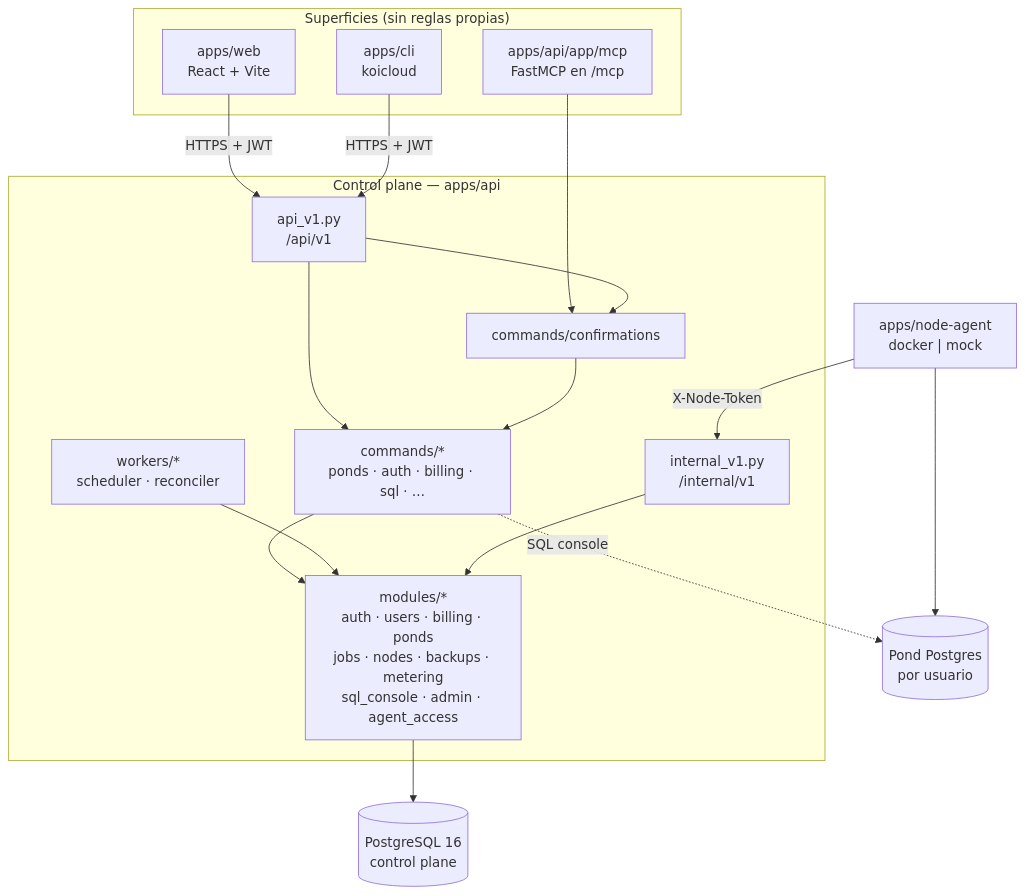
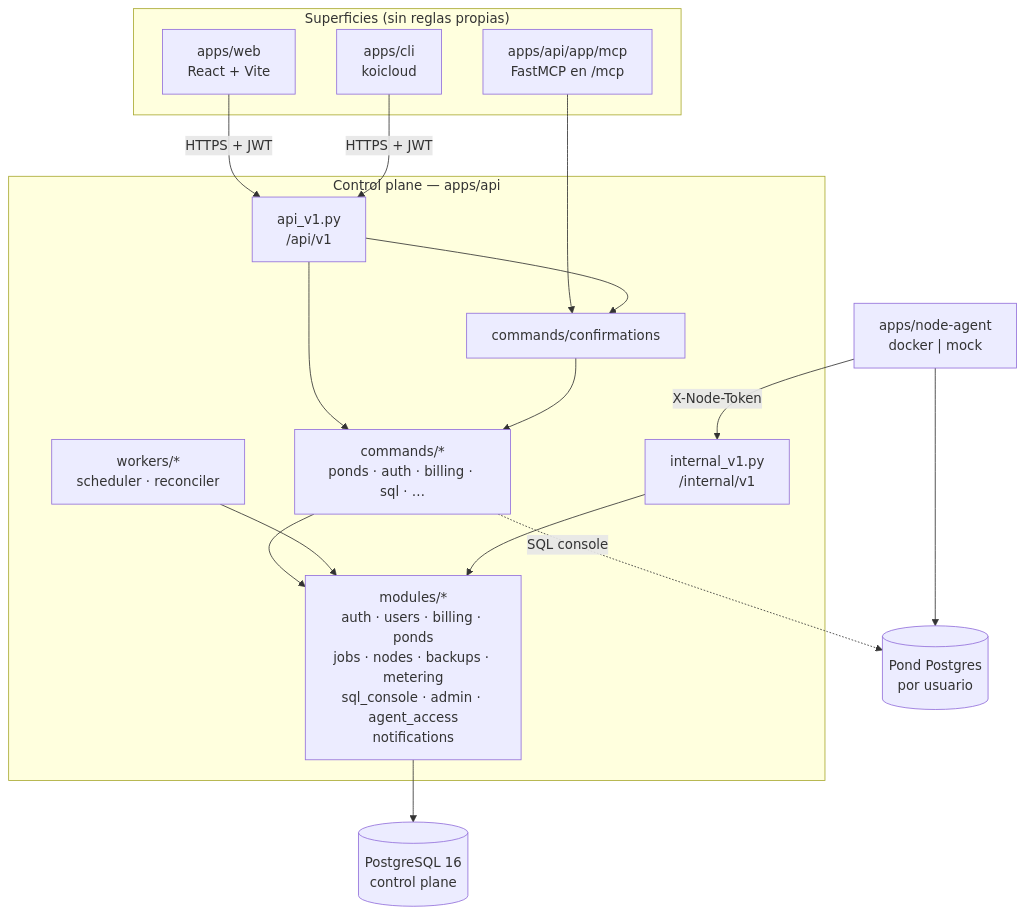
Before and after one commit to carloshugoeg/koicloud: the diagram in docs/ARCHITECTURE.md, drawn with Mermaid. The commit also changed other lines of this file and 22 other files, not shown here.

````diff
--- a/docs/ARCHITECTURE.md
+++ b/docs/ARCHITECTURE.md
@@ -26,35 +26,35 @@
 ```mermaid
 flowchart TB
     subgraph Clients["Superficies (sin reglas propias)"]
         WEB["apps/web<br/>React + Vite"]
         CLI["apps/cli<br/>koicloud"]
         MCP["apps/api/app/mcp<br/>FastMCP en /mcp"]
     end
 
     subgraph API["Control plane — apps/api"]
         R1["api_v1.py<br/>/api/v1"]
         R2["internal_v1.py<br/>/internal/v1"]
         CONF["commands/confirmations"]
         CMD["commands/*<br/>ponds · auth · billing · sql · …"]
-        MOD["modules/*<br/>auth · users · billing · ponds<br/>jobs · nodes · backups · metering<br/>sql_console · admin · agent_access"]
+        MOD["modules/*<br/>auth · users · billing · ponds<br/>jobs · nodes · backups · metering<br/>sql_console · admin · agent_access<br/>notifications"]
         WRK["workers/*<br/>scheduler · reconciler"]
     end
 
     DB[("PostgreSQL 16<br/>control plane")]
     NA["apps/node-agent<br/>docker | mock"]
     POND[("Pond Postgres<br/>por usuario")]
 
     WEB -->|HTTPS + JWT| R1
     CLI -->|HTTPS + JWT| R1
     MCP --> CONF
     R1 --> CONF
     R1 --> CMD
     CONF --> CMD
     CMD --> MOD
     MOD --> DB
     WRK --> MOD
     NA -->|X-Node-Token| R2
     R2 --> MOD
     NA --> POND
     CMD -.->|SQL console| POND
 ```
````
